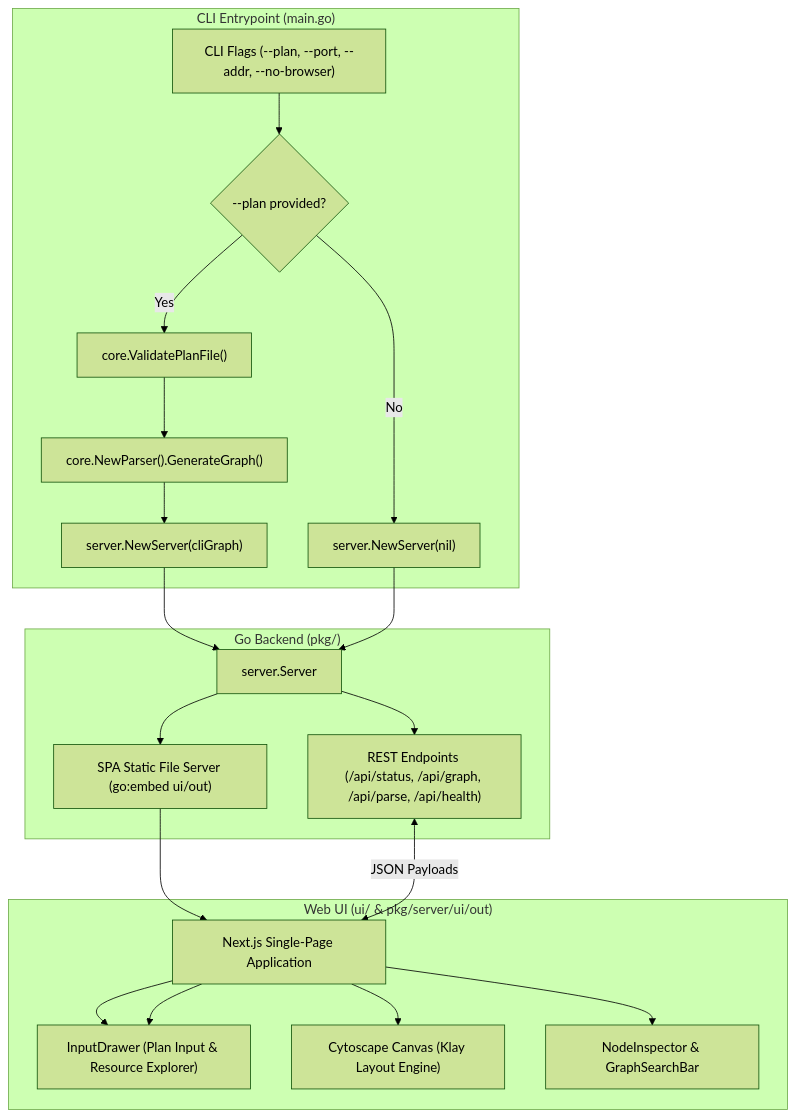
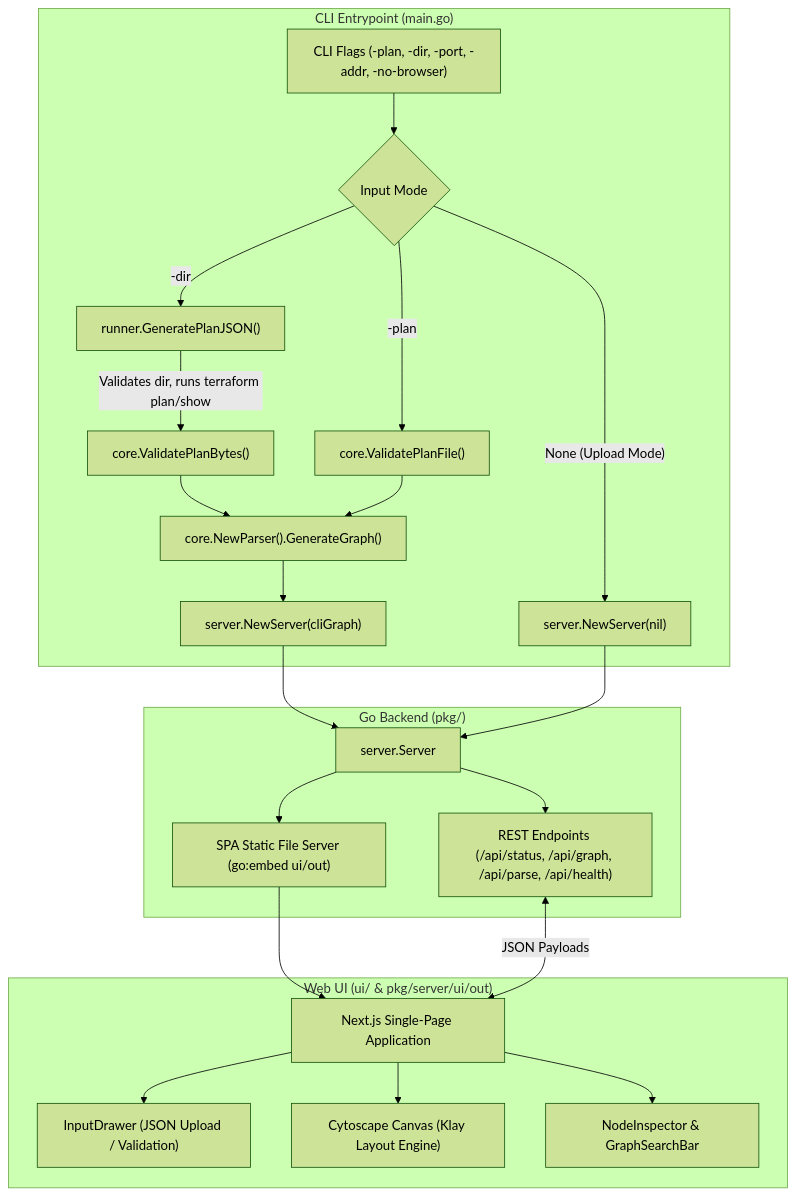
One commit to AatirNadim/plan-parse changed the first of 3 diagrams in README.md. Above: the diagram before and after it, drawn with Mermaid (forest theme). The commit also changed other lines of this file and 7 other files, not shown here.

First line of the commit message:
feat: add programmatic runner for Terraform plan generation and validation

````diff
--- a/README.md
+++ b/README.md
@@ -15,27 +16,29 @@
 ```mermaid
 flowchart TD
     subgraph CLI["CLI Entrypoint (main.go)"]
-        A["CLI Flags (--plan, --port, --addr, --no-browser)"] --> B{"--plan provided?"}
-        B -->|Yes| C["core.ValidatePlanFile()"]
-        C --> D["core.NewParser().GenerateGraph()"]
-        B -->|No| E["server.NewServer(nil)"]
-        D --> F["server.NewServer(cliGraph)"]
+        A["CLI Flags (-plan, -dir, -port, -addr, -no-browser)"] --> B{"Input Mode"}
+        B -->|"-plan <file>"| C["core.ValidatePlanFile()"]
+        B -->|"-dir <path>"| D["runner.GeneratePlanJSON()"]
+        B -->|"None (Upload Mode)"| E["server.NewServer(nil)"]
+        D -->|Validates dir, runs terraform plan/show| C2["core.ValidatePlanBytes()"]
+        C2 --> F["core.NewParser().GenerateGraph()"]
+        C --> F
+        F --> G["server.NewServer(cliGraph)"]
     end
 
     subgraph Backend["Go Backend (pkg/)"]
-        F --> G["server.Server"]
-        E --> G
-        G --> H["REST Endpoints (/api/status, /api/graph, /api/parse, /api/health)"]
-        G --> I["SPA Static File Server (go:embed ui/out)"]
+        G --> H["server.Server"]
+        E --> H
+        H --> I["REST Endpoints (/api/status, /api/graph, /api/parse, /api/health)"]
+        H --> J["SPA Static File Server (go:embed ui/out)"]
     end
 
     subgraph Frontend["Web UI (ui/ & pkg/server/ui/out)"]
-        I --> J["Next.js Single-Page Application"]
-        J --> K["InputDrawer (JSON Upload / Validation)"]
-        J --> K["InputDrawer (Plan Input & Resource Explorer)"]
-        J --> L["Cytoscape Canvas (Klay Layout Engine)"]
-        J --> M["NodeInspector & GraphSearchBar"]
+        J --> K["Next.js Single-Page Application"]
+        K --> L["InputDrawer (JSON Upload / Validation)"]
+        K --> M["Cytoscape Canvas (Klay Layout Engine)"]
+        K --> N["NodeInspector & GraphSearchBar"]
     end
 
-    H <-->|JSON Payloads| J
+    I <-->|JSON Payloads| K
 ```
````
